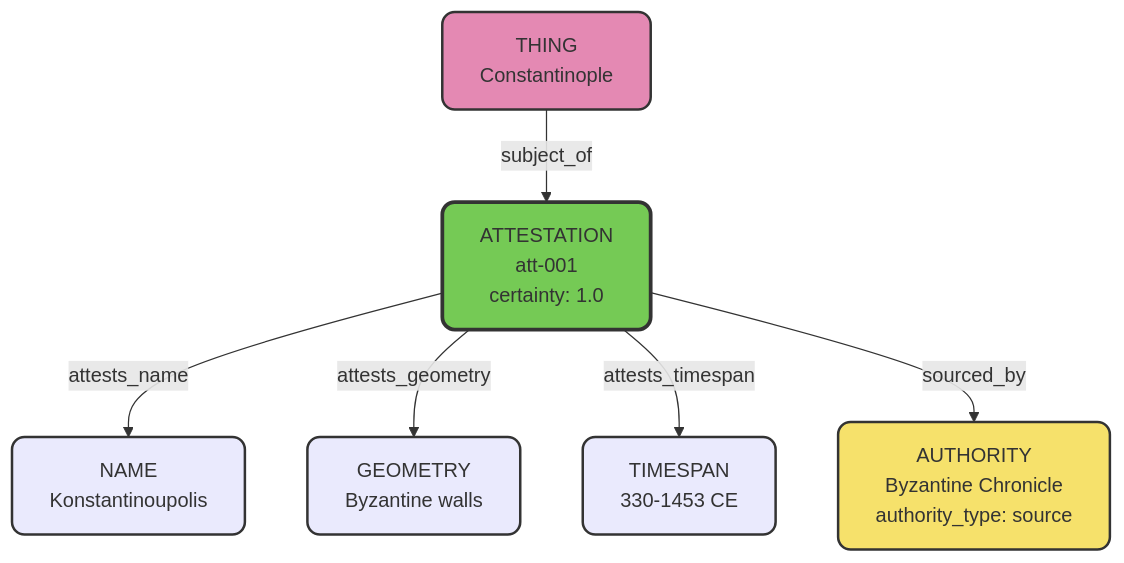
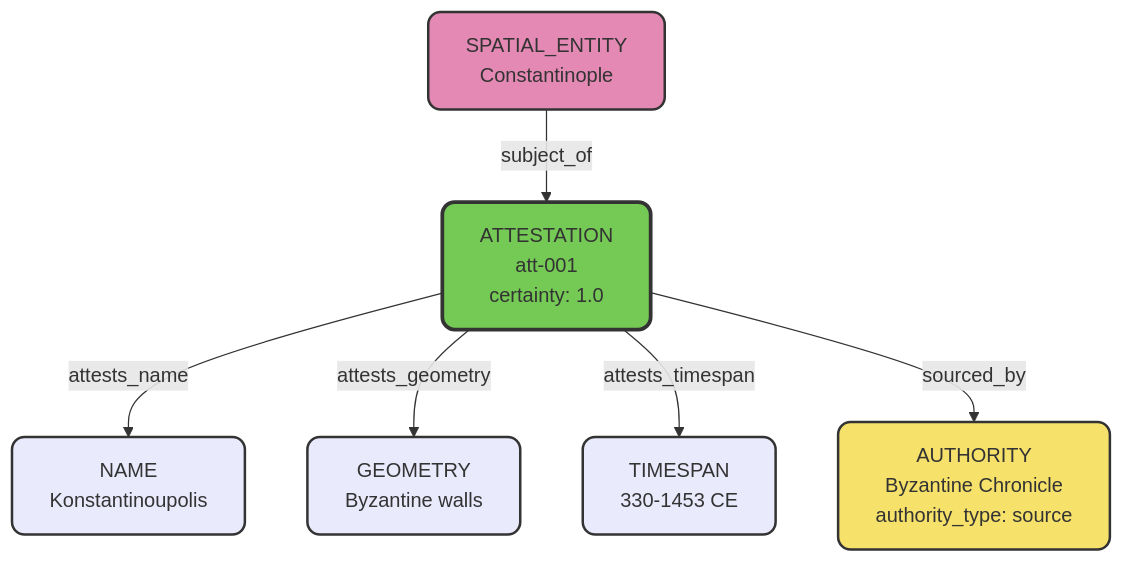
Before and after one commit to WorldHistoricalGazetteer/documentation: the diagram in content/v4/data-model/introduction.md, drawn with Mermaid. The commit also changed other lines of this file and 43 other files, not shown here.

First line of the commit message:
docs(v4): rebuild the Development Roadmap around the v4.0 release (merge at release)

````diff
--- a/content/v4/data-model/introduction.md
+++ b/content/v4/data-model/introduction.md
@@ -24,22 +24,22 @@
 ```{mermaid}
 graph TD
-    T[THING<br/>Constantinople]
+    T[SPATIAL_ENTITY<br/>Constantinople]
     N[NAME<br/>Konstantinoupolis]
     G[GEOMETRY<br/>Byzantine walls]
     TS[TIMESPAN<br/>330-1453 CE]
     AUTH[AUTHORITY<br/>Byzantine Chronicle<br/>authority_type: source]
     A[ATTESTATION<br/>att-001<br/>certainty: 1.0]
     
     T -->|subject_of| A
     A -->|attests_name| N
     A -->|attests_geometry| G
     A -->|attests_timespan| TS
     A -->|sourced_by| AUTH
     
     style A fill:#75ca55,stroke:#333,stroke-width:3px,rx:10,ry:10
     style T fill:#e489b3,stroke:#333,stroke-width:2px,rx:10,ry:10
     style N fill:#eaeafd,stroke:#333,stroke-width:2px,rx:10,ry:10
     style G fill:#eaeafd,stroke:#333,stroke-width:2px,rx:10,ry:10
     style TS fill:#eaeafd,stroke:#333,stroke-width:2px,rx:10,ry:10
     style AUTH fill:#f6e16b,stroke:#333,stroke-width:2px,rx:10,ry:10
 ```
````
